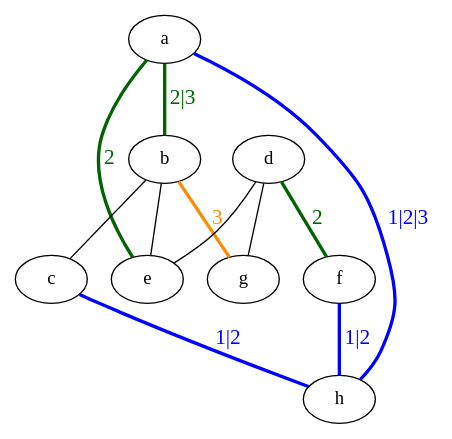
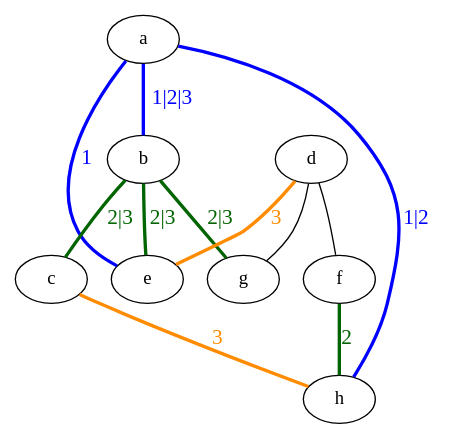
One commit to ToTenTiger/uni_sose2017_ag changed the diagram in tasks/e04_t17_g04.gv. Above: the diagram before and after it, drawn with Graphviz.

Commit message:
fixed start of iterative depth-first search

```diff
--- a/tasks/e04_t17_g04.gv
+++ b/tasks/e04_t17_g04.gv
@@ -1,32 +1,32 @@
 strict graph "Excise 04 Task 17 Graph 04" {
 	a
-		a -- b [label="2|3", color=darkgreen, fontcolor=darkgreen, fontsize=16, penwidth=2.5]
-		a -- h
-		a -- e [label="2", color=darkgreen, fontcolor=darkgreen, fontsize=16, penwidth=2.5]
+		a -- b [label="1|2|3", color=blue, fontcolor=blue, fontsize=16, penwidth=2.5]
+		a -- h [label="1|2", color=blue, fontcolor=blue, fontsize=16, penwidth=2.5]
+		a -- e [label="1", color=blue, fontcolor=blue, fontsize=16, penwidth=2.5]
 	b
-		b -- g [label="3", color=darkorange, fontcolor=darkorange, fontsize=16, penwidth=2.5]
-		b -- c
-		b -- e
+		b -- g [label="2|3", color=darkgreen, fontcolor=darkgreen, fontsize=16, penwidth=2.5]
+		b -- c [label="2|3", color=darkgreen, fontcolor=darkgreen, fontsize=16, penwidth=2.5]
+		b -- e [label="2|3", color=darkgreen, fontcolor=darkgreen, fontsize=16, penwidth=2.5]
 		b -- a
 	c
-		c -- h
+		c -- h [label="3", color=darkorange, fontcolor=darkorange, fontsize=16, penwidth=2.5]
 		c -- b
 	d
 		d -- f
 		d -- e
 		d -- g
 	e
 		e -- a
 		e -- b
-		e -- d
+		e -- d [label="3", color=darkorange, fontcolor=darkorange, fontsize=16, penwidth=2.5]
 	f
-		f -- d [label="2", color=darkgreen, fontcolor=darkgreen, fontsize=16, penwidth=2.5]
+		f -- d
 		f -- h
 	g
 		g -- b
 		g -- d
 	h
-		h -- c [label="1|2", color=blue, fontcolor=blue, fontsize=16, penwidth=2.5]
-		h -- a [label="1|2|3", color=blue, fontcolor=blue, fontsize=16, penwidth=2.5]
-		h -- f [label="1|2", color=blue, fontcolor=blue, fontsize=16, penwidth=2.5]
+		h -- c
+		h -- a
+		h -- f [label="2", color=darkgreen, fontcolor=darkgreen, fontsize=16, penwidth=2.5]
 }
```
